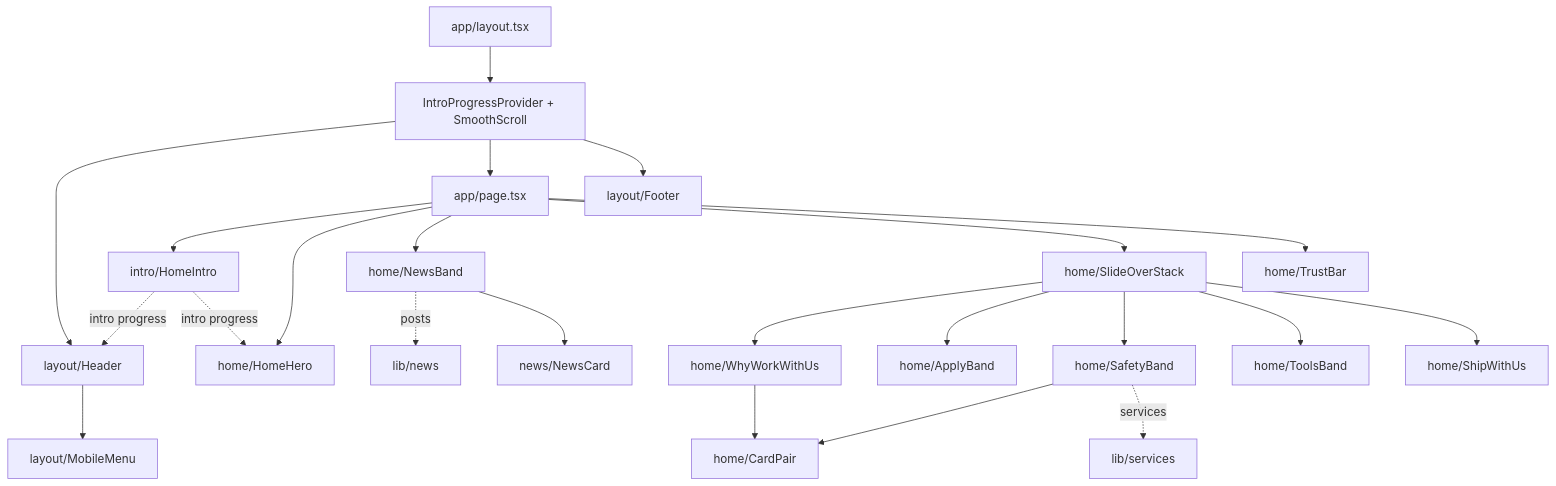
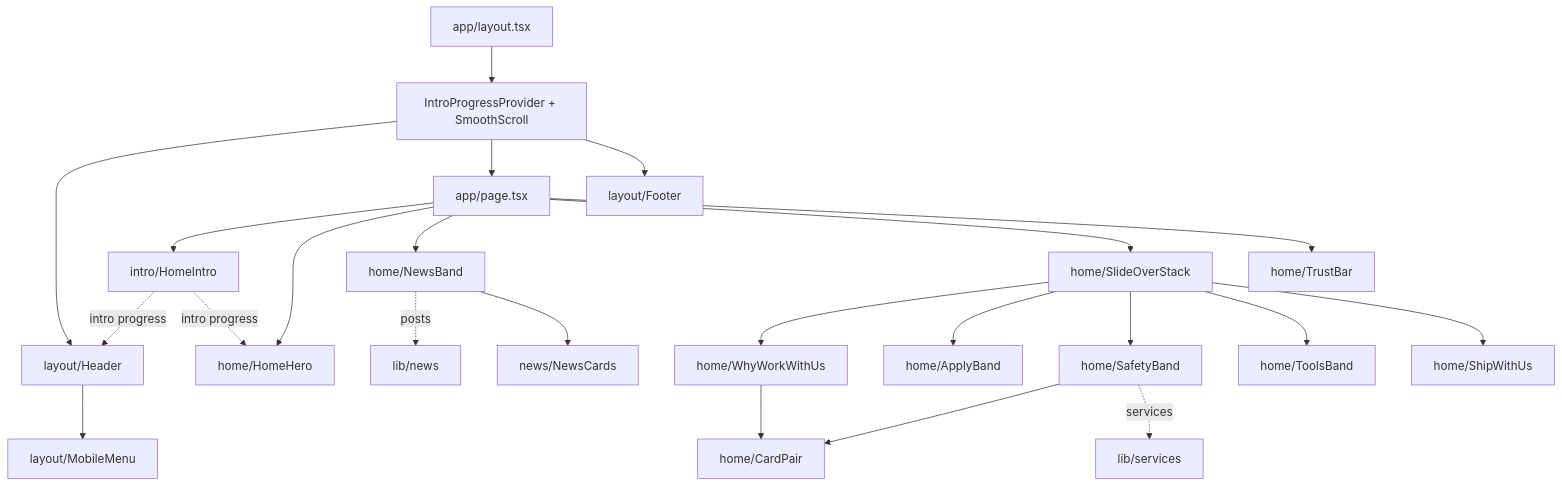
Before and after one commit to stadlerv3311/laughing-dollop: the diagram in docs/NAVIGATION.md, drawn with Mermaid. The commit also changed other lines of this file and 21 other files, not shown here.

````diff
--- a/docs/NAVIGATION.md
+++ b/docs/NAVIGATION.md
@@ -69,25 +69,25 @@
 ```mermaid
 flowchart TD
   Layout["app/layout.tsx"] --> Providers["IntroProgressProvider + SmoothScroll"]
   Providers --> Header["layout/Header"]
   Providers --> Page["app/page.tsx"]
   Providers --> Footer["layout/Footer"]
   Header --> MobileMenu["layout/MobileMenu"]
   Page --> HomeIntro["intro/HomeIntro"]
   Page --> HomeHero["home/HomeHero"]
   SlideOverStack --> WhyWorkWithUs["home/WhyWorkWithUs"]
   SlideOverStack --> ApplyBand["home/ApplyBand"]
   Page --> NewsBand["home/NewsBand"]
   NewsBand -. "posts" .-> News["lib/news"]
-  NewsBand --> NewsCard["news/NewsCard"]
+  NewsBand --> NewsCards["news/NewsCards"]
   Page --> SlideOverStack["home/SlideOverStack"]
   SlideOverStack --> SafetyBand["home/SafetyBand"]
   SlideOverStack --> ToolsBand["home/ToolsBand"]
   SlideOverStack --> ShipWithUs["home/ShipWithUs"]
   SafetyBand --> CardPair["home/CardPair"]
   SafetyBand -. "services" .-> Services["lib/services"]
   WhyWorkWithUs --> CardPair
   Page --> TrustBar["home/TrustBar"]
   HomeIntro -. "intro progress" .-> Header
   HomeIntro -. "intro progress" .-> HomeHero
 ```
````
